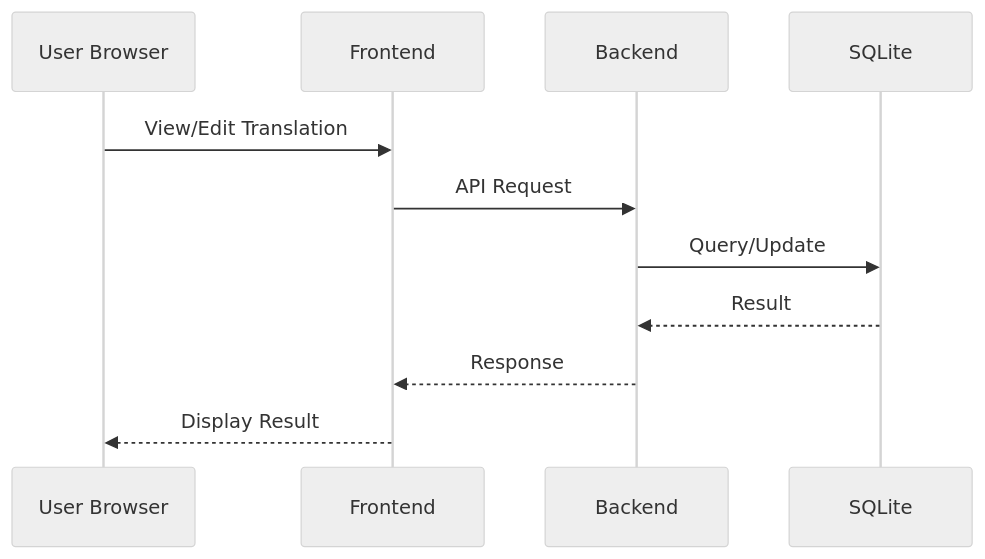
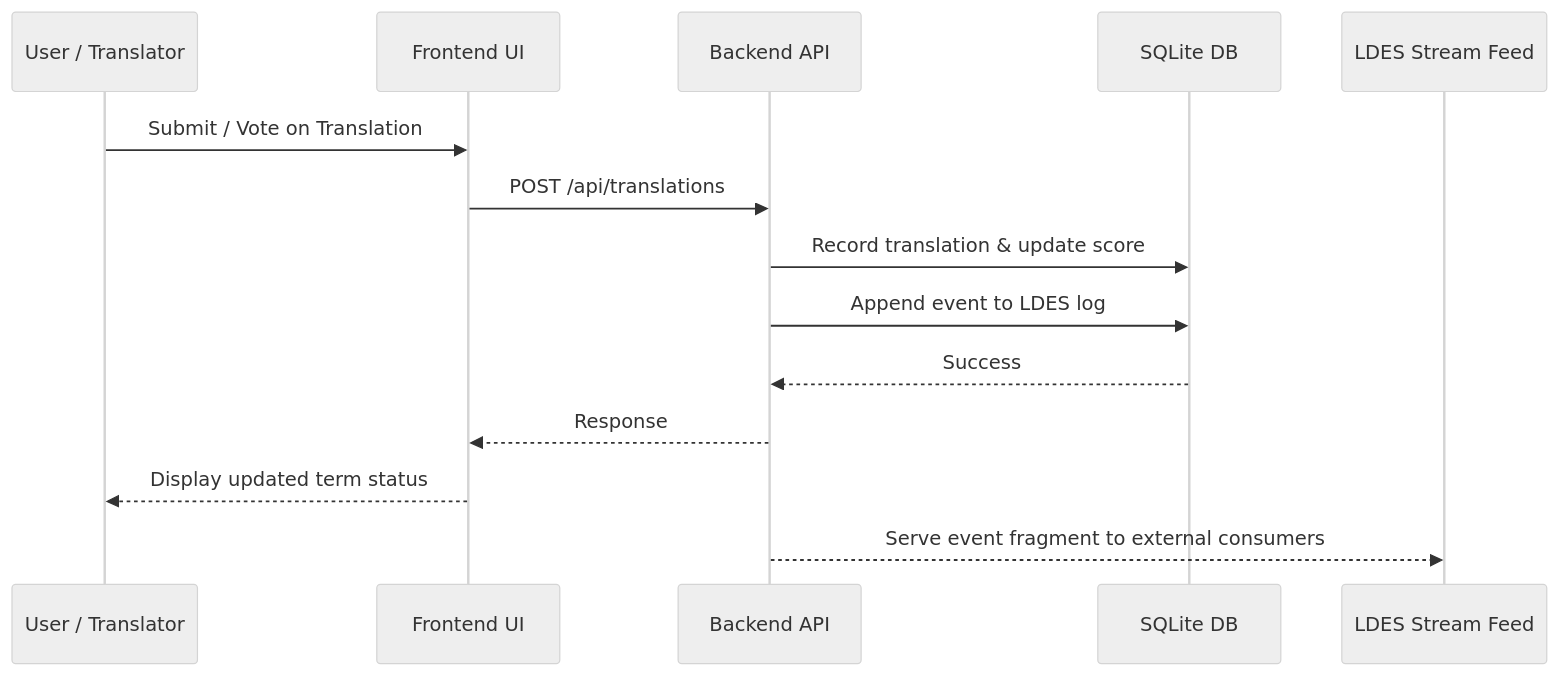
One commit to marine-term-translations/mtt-self-host-platform changed the second of 2 diagrams in ARCHITECTURE.md. Above: the diagram before and after it, drawn with Mermaid (neutral theme). The commit also changed other lines of this file, not shown here.

Commit message:
docs: add EMODnet sponsorship header and update architecture overview

````diff
--- a/ARCHITECTURE.md
+++ b/ARCHITECTURE.md
@@ -131,14 +124,17 @@
 ```mermaid
 sequenceDiagram
-    participant U as User Browser
-    participant FE as Frontend
-    participant BE as Backend
-    participant DB as SQLite
+    participant U as User / Translator
+    participant FE as Frontend UI
+    participant BE as Backend API
+    participant DB as SQLite DB
+    participant LDES as LDES Stream Feed
 
-    U->>FE: View/Edit Translation
-    FE->>BE: API Request
-    BE->>DB: Query/Update
-    DB-->>BE: Result
+    U->>FE: Submit / Vote on Translation
+    FE->>BE: POST /api/translations
+    BE->>DB: Record translation & update score
+    BE->>DB: Append event to LDES log
+    DB-->>BE: Success
     BE-->>FE: Response
-    FE-->>U: Display Result
+    FE-->>U: Display updated term status
+    BE-->>LDES: Serve event fragment to external consumers
 ```
````
